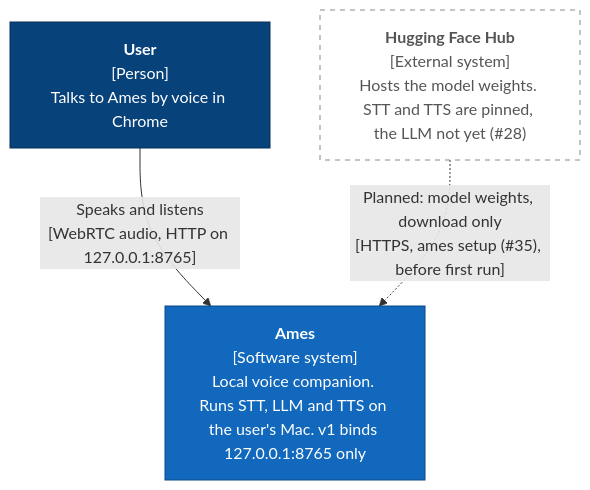
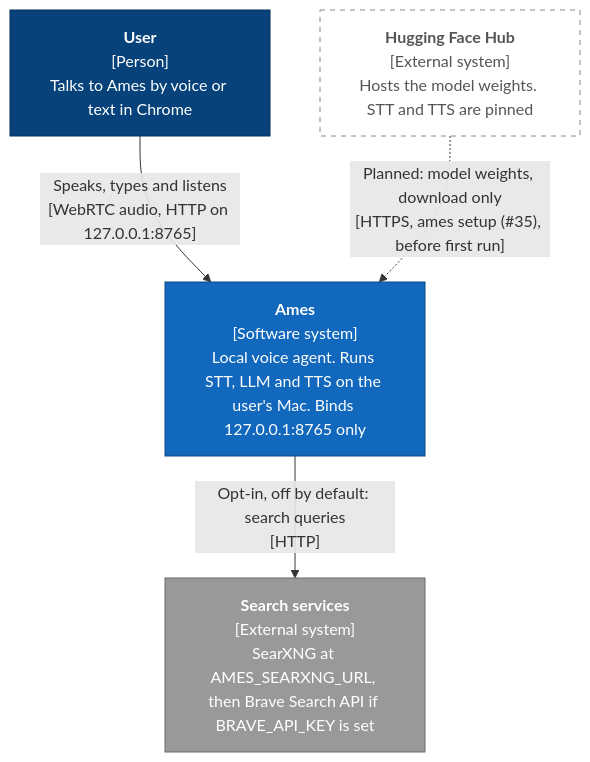
Before and after one commit to AnirudhDesai777/ames: the diagram in docs/architecture/c4-context.md, drawn with Mermaid. The commit also changed other lines of this file and 18 other files, not shown here.

First line of the commit message:
docs: rewrite READMEs and architecture diagrams for public readers (#140)

````diff
--- a/docs/architecture/c4-context.md
+++ b/docs/architecture/c4-context.md
@@ -9,17 +9,20 @@
 ```mermaid
 flowchart TB
-    user["<b>User</b><br/>[Person]<br/>Talks to Ames by voice in Chrome"]
-    ames["<b>Ames</b><br/>[Software system]<br/>Local voice companion. Runs STT, LLM and TTS on the user's Mac. v1 binds 127.0.0.1:8765 only"]
-    hf["<b>Hugging Face Hub</b><br/>[External system]<br/>Hosts the model weights. STT and TTS are pinned, the LLM not yet (#28)"]
+    user["<b>User</b><br/>[Person]<br/>Talks to Ames by voice or text in Chrome"]
+    ames["<b>Ames</b><br/>[Software system]<br/>Local voice agent. Runs STT, LLM and TTS on the user's Mac. Binds 127.0.0.1:8765 only"]
+    search["<b>Search services</b><br/>[External system]<br/>SearXNG at AMES_SEARXNG_URL, then Brave Search API if BRAVE_API_KEY is set"]
+    hf["<b>Hugging Face Hub</b><br/>[External system]<br/>Hosts the model weights. STT and TTS are pinned"]
 
-    user -->|"Speaks and listens<br/>[WebRTC audio, HTTP on 127.0.0.1:8765]"| ames
+    user -->|"Speaks, types and listens<br/>[WebRTC audio, HTTP on 127.0.0.1:8765]"| ames
+    ames -->|"Opt-in, off by default: search queries<br/>[HTTP]"| search
     hf -.->|"Planned: model weights, download only<br/>[HTTPS, ames setup (#35), before first run]"| ames
 
     classDef person fill:#08427b,stroke:#052e56,color:#ffffff
     classDef system fill:#1168bd,stroke:#0b4884,color:#ffffff
     classDef ext fill:#999999,stroke:#6b6b6b,color:#ffffff
+    classDef planned fill:#ffffff,stroke:#888888,color:#555555,stroke-dasharray: 5 5
     class user person
     class ames system
+    class search ext
     class hf planned
-    classDef planned fill:#ffffff,stroke:#888888,color:#555555,stroke-dasharray: 5 5
 ```
````
